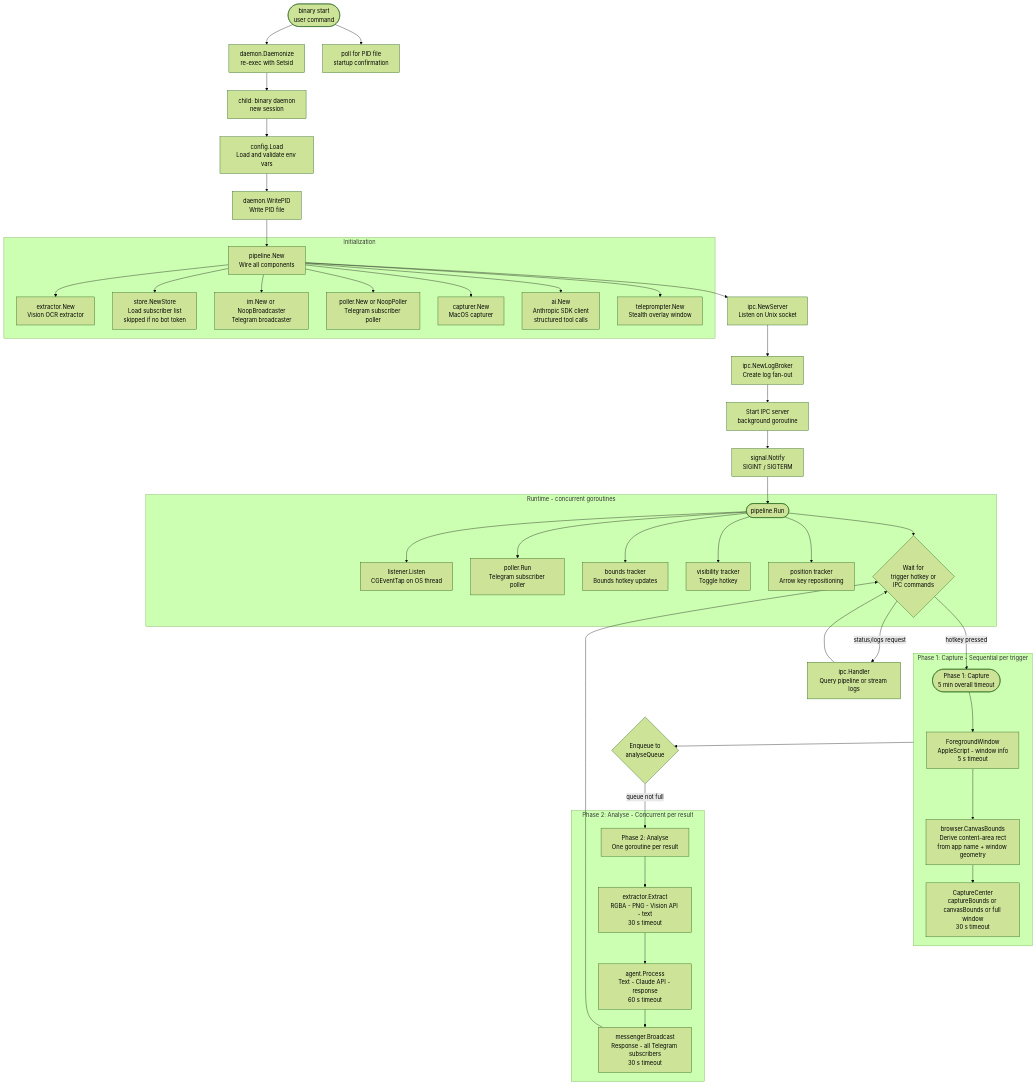
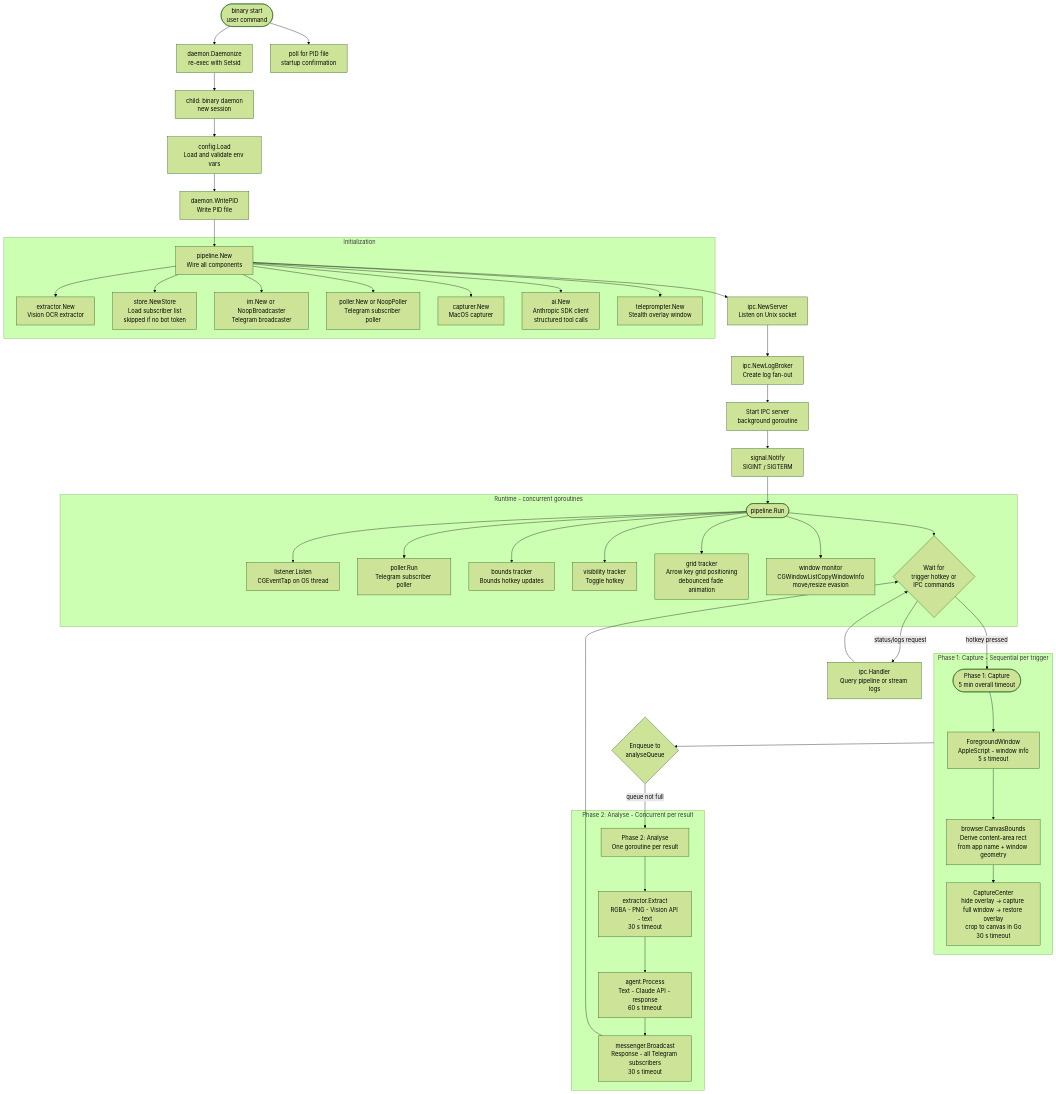
Before and after one commit to vdyalex/lens-daemon: the first of 3 diagrams in docs/ARCHITECTURE.md, drawn with Mermaid (forest theme). The commit also changed other lines of this file and 27 other files, not shown here.

First line of the commit message:
feat(teleprompter): add grid positioning, window evasion, and capture isolation (#18)

````diff
--- a/docs/ARCHITECTURE.md
+++ b/docs/ARCHITECTURE.md
@@ -68,56 +70,57 @@
 ```mermaid
 flowchart TD
     A([binary start<br/>user command]) --> B[daemon.Daemonize<br/>re-exec with Setsid]
     B --> C[child: binary daemon<br/>new session]
     A --> D[poll for PID file<br/>startup confirmation]
 
     C --> E[config.Load<br/>Load and validate env vars]
     E --> F[daemon.WritePID<br/>Write PID file]
     F --> G[pipeline.New<br/>Wire all components]
     G --> H[ipc.NewServer<br/>Listen on Unix socket]
 
     subgraph Init[Initialization]
         G --> I[extractor.New<br/>Vision OCR extractor]
         G --> J[store.NewStore<br/>Load subscriber list<br/>skipped if no bot token]
         G --> K[im.New or NoopBroadcaster<br/>Telegram broadcaster]
         G --> L[poller.New or NoopPoller<br/>Telegram subscriber poller]
         G --> M[capturer.New<br/>MacOS capturer]
         G --> N[ai.New<br/>Anthropic SDK client<br/>structured tool calls]
         G --> O2[teleprompter.New<br/>Stealth overlay window]
     end
 
     H --> O[ipc.NewLogBroker<br/>Create log fan-out]
     O --> P[Start IPC server<br/>background goroutine]
     P --> Q[signal.Notify<br/>SIGINT / SIGTERM]
     Q --> R([pipeline.Run])
 
     subgraph Runtime[Runtime - concurrent goroutines]
         R --> S[listener.Listen<br/>CGEventTap on OS thread]
         R --> T[poller.Run<br/>Telegram subscriber poller]
         R --> U[bounds tracker<br/>Bounds hotkey updates]
         R --> U2[visibility tracker<br/>Toggle hotkey]
-        R --> U3[position tracker<br/>Arrow key repositioning]
+        R --> U3[grid tracker<br/>Arrow key grid positioning<br/>debounced fade animation]
+        R --> U4[window monitor<br/>CGWindowListCopyWindowInfo<br/>move/resize evasion]
         R --> V{Wait for<br/>trigger hotkey or<br/>IPC commands}
     end
 
     V -->|status/logs request| W[ipc.Handler<br/>Query pipeline or stream logs]
     V -->|hotkey pressed| X([Phase 1: Capture<br/>5 min overall timeout])
 
     subgraph Phase1[Phase 1: Capture - Sequential per trigger]
         X --> Y[ForegroundWindow<br/>AppleScript - window info<br/>5 s timeout]
         Y --> Y2[browser.CanvasBounds<br/>Derive content-area rect<br/>from app name + window geometry]
-        Y2 --> Z[CaptureCenter<br/>captureBounds or canvasBounds or full window<br/>30 s timeout]
+        Y2 --> Z[CaptureCenter<br/>hide overlay → capture full window → restore overlay<br/>crop to canvas in Go<br/>30 s timeout]
     end
 
     Phase1 --> X2{Enqueue to<br/>analyseQueue}
     X2 -->|queue not full| X3[Phase 2: Analyse<br/>One goroutine per result]
 
     subgraph Phase2[Phase 2: Analyse - Concurrent per result]
         X3 --> AA[extractor.Extract<br/>RGBA - PNG - Vision API - text<br/>30 s timeout]
         AA --> AB[agent.Process<br/>Text - Claude API - response<br/>60 s timeout]
         AB --> AC[messenger.Broadcast<br/>Response - all Telegram subscribers<br/>30 s timeout]
     end
 
     AC --> V
     W --> V
 ```
````
